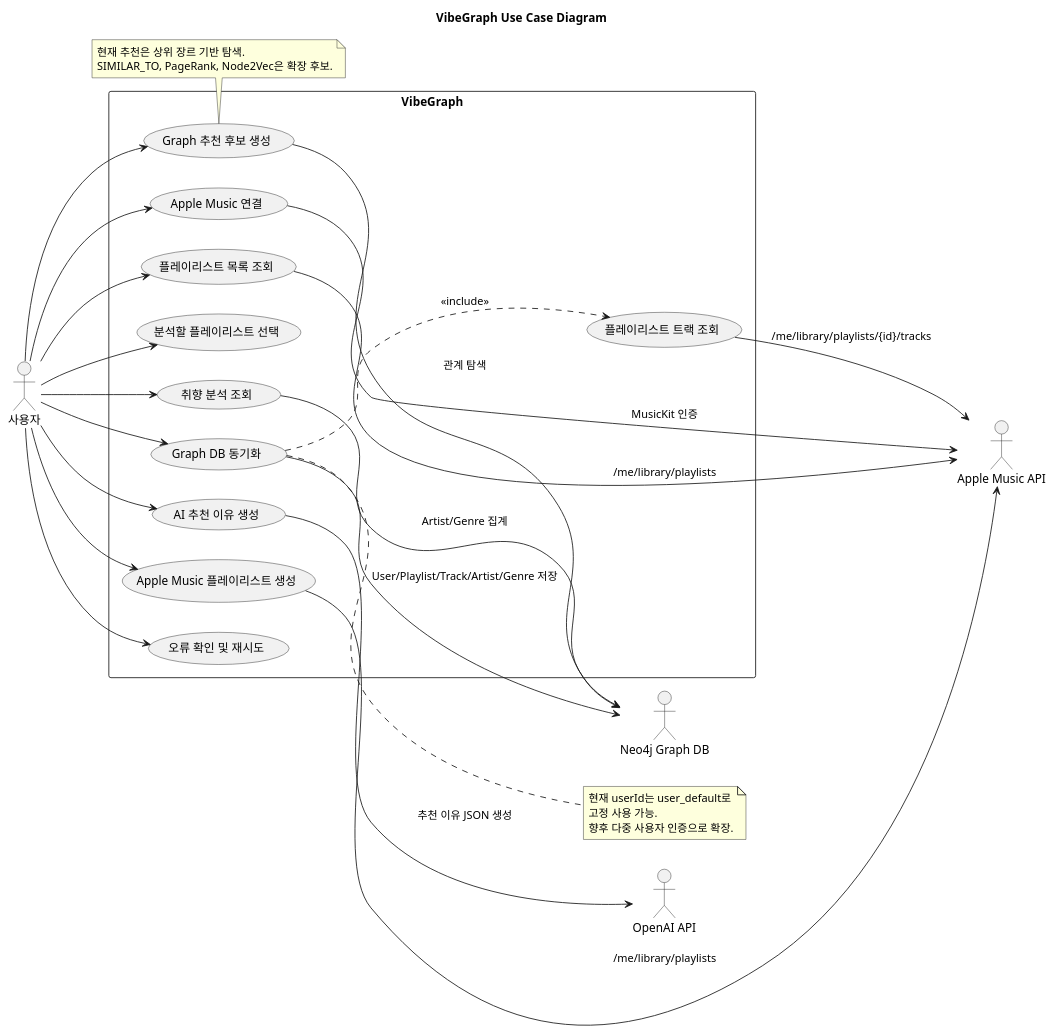
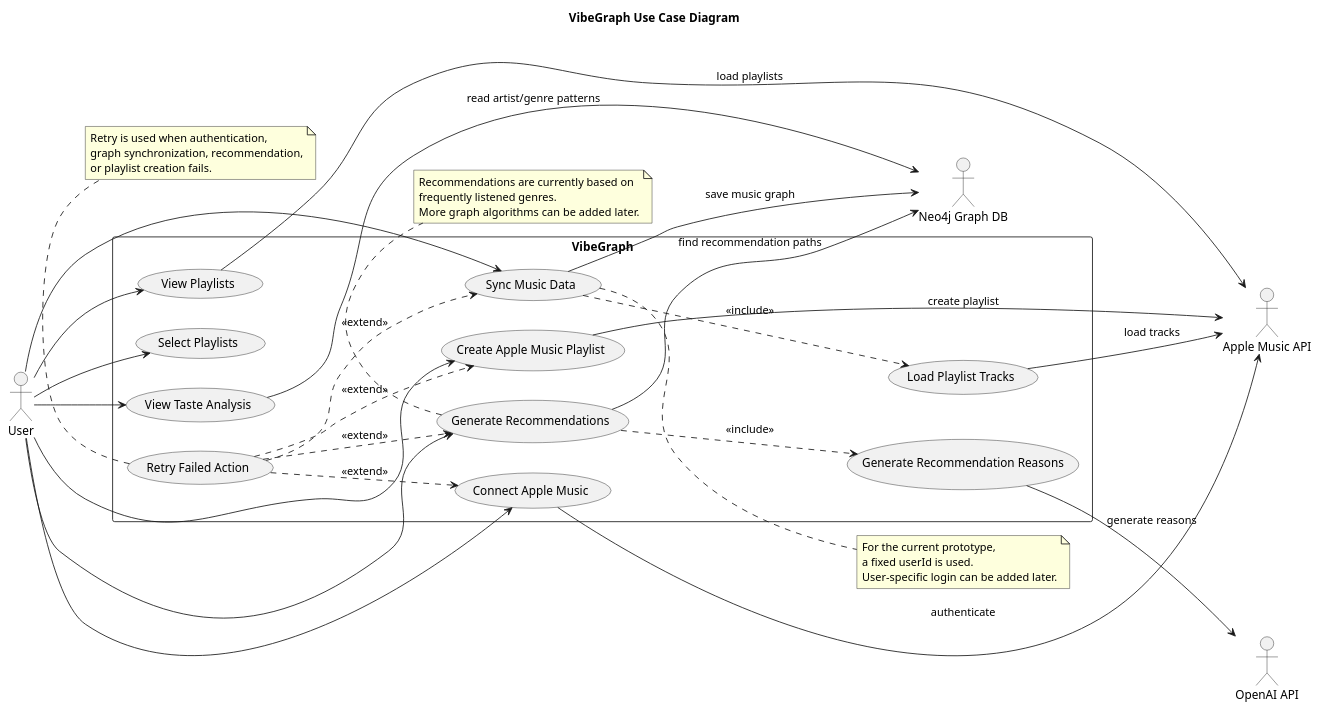
One commit to minyoy/VibeGraph changed the diagram in docs/02_usecase.puml. Above: the diagram before and after it, drawn with PlantUML. The commit also changed 3 other files, not shown here.

Commit message:
Translate UML docs to English and clarify models

```diff
--- a/docs/02_usecase.puml
+++ b/docs/02_usecase.puml
@@ -1,57 +1,71 @@
 @startuml
 title VibeGraph Use Case Diagram
 
 left to right direction
 skinparam packageStyle rectangle
 skinparam shadowing false
 
-actor "사용자" as User
+actor "User" as User
 actor "Apple Music API" as AppleMusic
 actor "Neo4j Graph DB" as Neo4j
 actor "OpenAI API" as OpenAI
 
 rectangle "VibeGraph" {
-  usecase "Apple Music 연결" as UC_Login
-  usecase "플레이리스트 목록 조회" as UC_ListPlaylists
-  usecase "분석할 플레이리스트 선택" as UC_SelectPlaylists
-  usecase "플레이리스트 트랙 조회" as UC_ListTracks
-  usecase "Graph DB 동기화" as UC_SyncGraph
-  usecase "취향 분석 조회" as UC_AnalyzeTaste
-  usecase "Graph 추천 후보 생성" as UC_GraphRecommend
-  usecase "AI 추천 이유 생성" as UC_Explain
-  usecase "Apple Music 플레이리스트 생성" as UC_CreatePlaylist
-  usecase "오류 확인 및 재시도" as UC_Retry
+usecase "Connect Apple Music" as UC_Login
+usecase "View Playlists" as UC_ListPlaylists
+usecase "Select Playlists" as UC_SelectPlaylists
+usecase "Load Playlist Tracks" as UC_ListTracks
+usecase "Sync Music Data" as UC_SyncGraph
+usecase "View Taste Analysis" as UC_AnalyzeTaste
+usecase "Generate Recommendations" as UC_GraphRecommend
+usecase "Generate Recommendation Reasons" as UC_Explain
+usecase "Create Apple Music Playlist" as UC_CreatePlaylist
+usecase "Retry Failed Action" as UC_Retry
 }
 
 User --> UC_Login
 User --> UC_ListPlaylists
 User --> UC_SelectPlaylists
 User --> UC_SyncGraph
 User --> UC_AnalyzeTaste
 User --> UC_GraphRecommend
-User --> UC_Explain
 User --> UC_CreatePlaylist
-User --> UC_Retry
 
-UC_Login --> AppleMusic : MusicKit 인증
-UC_ListPlaylists --> AppleMusic : /me/library/playlists
-UC_ListTracks --> AppleMusic : /me/library/playlists/{id}/tracks
+UC_Login --> AppleMusic : authenticate
+UC_ListPlaylists --> AppleMusic : load playlists
+UC_ListTracks --> AppleMusic : load tracks
+UC_CreatePlaylist --> AppleMusic : create playlist
+
 UC_SyncGraph ..> UC_ListTracks : <<include>>
-UC_SyncGraph --> Neo4j : User/Playlist/Track/Artist/Genre 저장
-UC_AnalyzeTaste --> Neo4j : Artist/Genre 집계
-UC_GraphRecommend --> Neo4j : 관계 탐색
-UC_Explain --> OpenAI : 추천 이유 JSON 생성
-UC_CreatePlaylist --> AppleMusic : /me/library/playlists
+UC_GraphRecommend ..> UC_Explain : <<include>>
+
+UC_SyncGraph --> Neo4j : save music graph
+UC_AnalyzeTaste --> Neo4j : read artist/genre patterns
+UC_GraphRecommend --> Neo4j : find recommendation paths
+
+UC_Explain --> OpenAI : generate reasons
+
+UC_Retry ..> UC_Login : <<extend>>
+UC_Retry ..> UC_SyncGraph : <<extend>>
+UC_Retry ..> UC_GraphRecommend : <<extend>>
+UC_Retry ..> UC_CreatePlaylist : <<extend>>
 
 note right of UC_SyncGraph
-  현재 userId는 user_default로
-  고정 사용 가능.
-  향후 다중 사용자 인증으로 확장.
+For the current prototype,
+a fixed userId is used.
+User-specific login can be added later.
 end note
 
 note bottom of UC_GraphRecommend
-  현재 추천은 상위 장르 기반 탐색.
-  SIMILAR_TO, PageRank, Node2Vec은 확장 후보.
+Recommendations are currently based on
+frequently listened genres.
+More graph algorithms can be added later.
+end note
+
+note bottom of UC_Retry
+Retry is used when authentication,
+graph synchronization, recommendation,
+or playlist creation fails.
 end note
 
 @enduml
```
